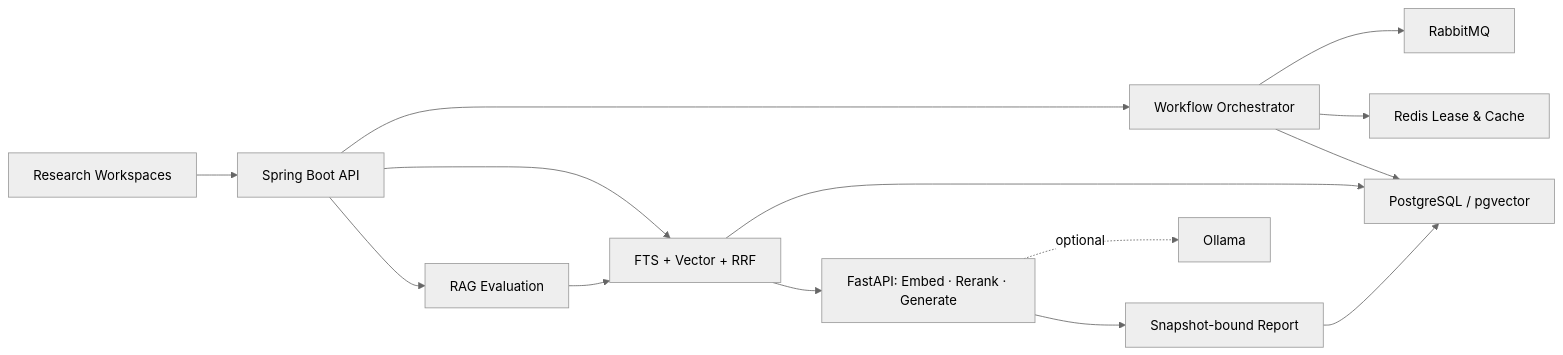
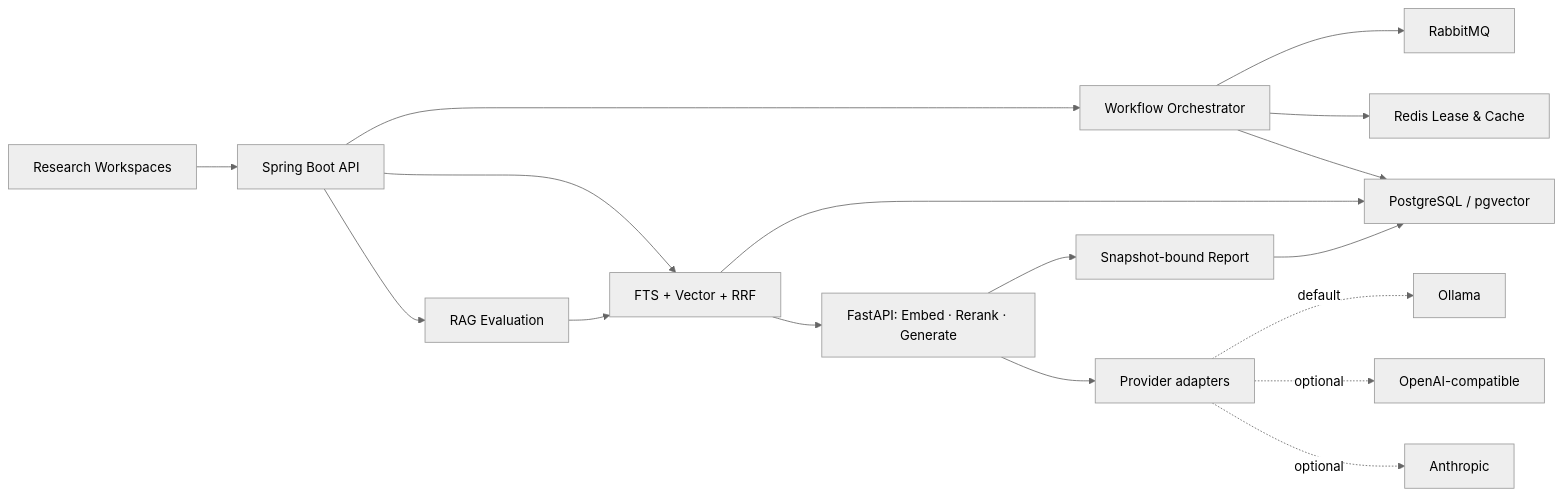
The diagram in README.md (juanjuandog/FinSight-AI), drawn with Mermaid (neutral theme) before and after one commit. The commit also changed other lines of this file and 9 other files, not shown here.

````diff
--- a/README.md
+++ b/README.md
@@ -104,17 +104,20 @@
 ```mermaid
 flowchart LR
     UI["Research Workspaces"] --> API["Spring Boot API"]
     API --> WF["Workflow Orchestrator"]
     WF --> MQ["RabbitMQ"]
     WF --> Lease["Redis Lease & Cache"]
     WF --> DB["PostgreSQL / pgvector"]
 
     API --> Retrieval["FTS + Vector + RRF"]
     Retrieval --> DB
     Retrieval --> Sidecar["FastAPI: Embed · Rerank · Generate"]
-    Sidecar -. optional .-> Ollama["Ollama"]
+    Sidecar --> Providers["Provider adapters"]
+    Providers -. default .-> Ollama["Ollama"]
+    Providers -. optional .-> OpenAI["OpenAI-compatible"]
+    Providers -. optional .-> Anthropic["Anthropic"]
     Sidecar --> Report["Snapshot-bound Report"]
     Report --> DB
     API --> Eval["RAG Evaluation"]
     Eval --> Retrieval
 ```
````
